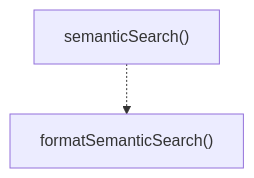
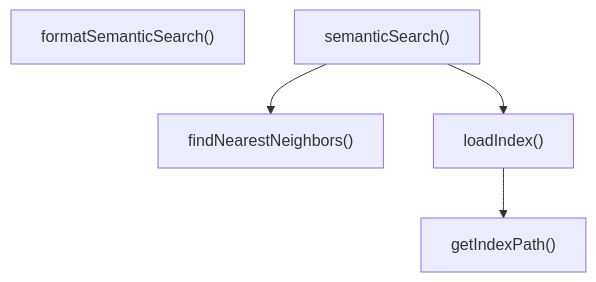
One commit to Mekann2904/mekann changed the second of 3 diagrams in ABDD/.pi/extensions/search/tools/semantic_search.md. Above: the diagram before and after it, drawn with Mermaid. The commit also changed other lines of this file and 277 other files, not shown here.

````diff
--- a/ABDD/.pi/extensions/search/tools/semantic_search.md
+++ b/ABDD/.pi/extensions/search/tools/semantic_search.md
@@ -52,6 +52,11 @@
 ```mermaid
 flowchart TD
+  findNearestNeighbors["findNearestNeighbors()"]
+  formatSemanticSearch["formatSemanticSearch()"]
+  getIndexPath["getIndexPath()"]
+  loadIndex["loadIndex()"]
   semanticSearch["semanticSearch()"]
-  formatSemanticSearch["formatSemanticSearch()"]
-  semanticSearch -.-> formatSemanticSearch
+  loadIndex --> getIndexPath
+  semanticSearch --> findNearestNeighbors
+  semanticSearch --> loadIndex
 ```
````
